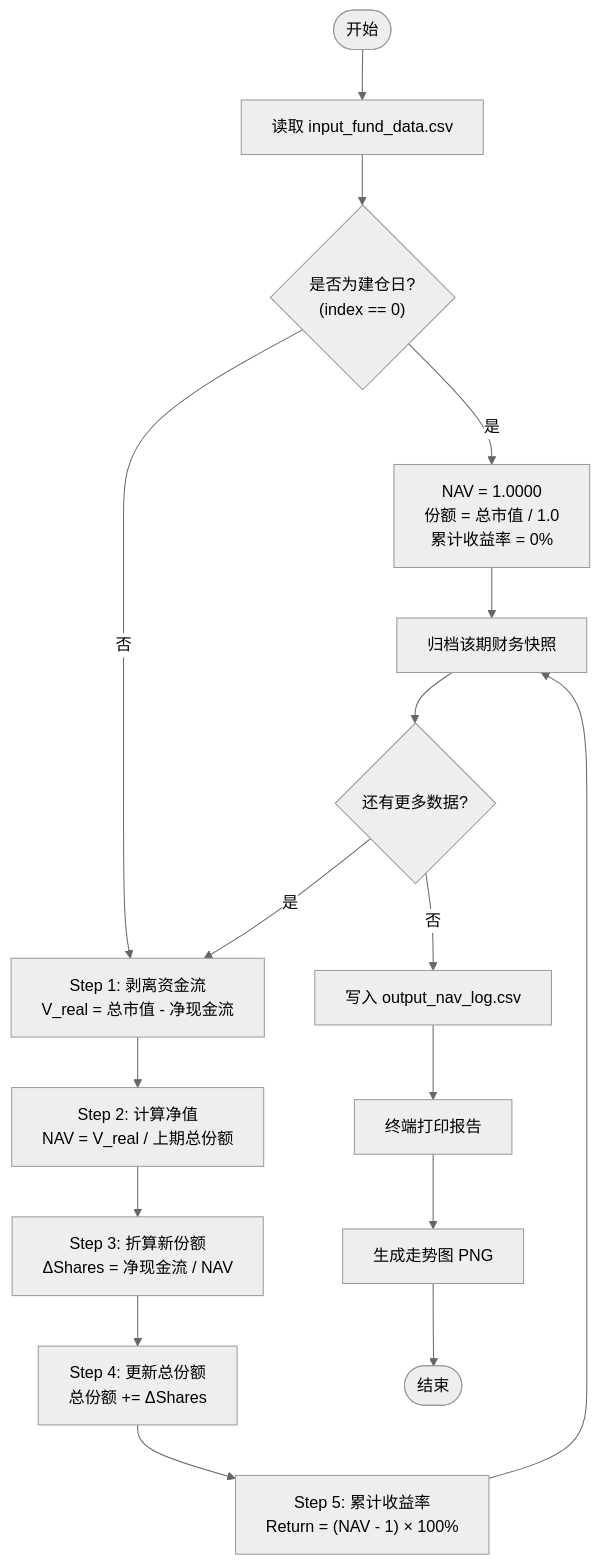
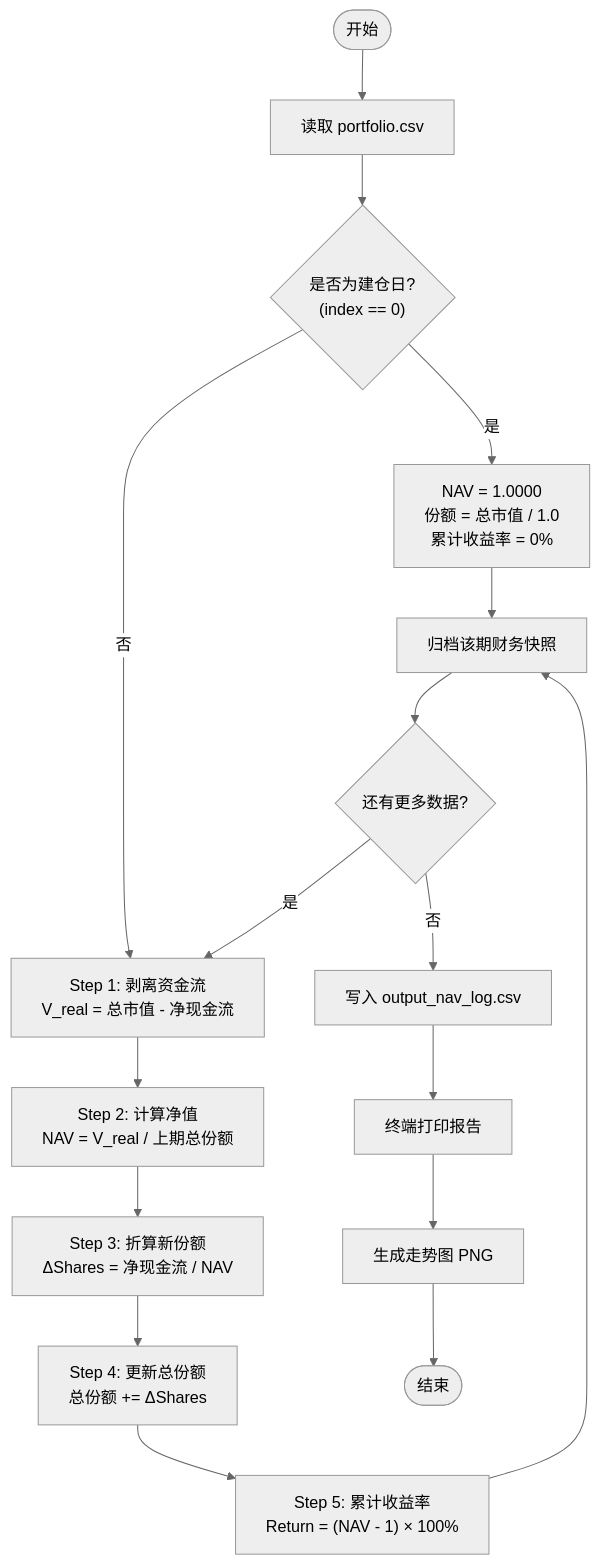
Before and after one commit to Haolun123/FamilyFund: the third of 10 diagrams in docs/ARCHITECTURE_shared.md, drawn with Mermaid (neutral theme). The commit also changed other lines of this file and 1 other file, not shown here.

First line of the commit message:
Refactor docs: split USER_MANUAL from ARCHITECTURE, remove bloat

````diff
--- a/docs/ARCHITECTURE_shared.md
+++ b/docs/ARCHITECTURE_shared.md
@@ -190,23 +186,23 @@
 ```mermaid
 flowchart TD
-    START(["开始"]) --> READ["读取 input_fund_data.csv"]
+    START(["开始"]) --> READ["读取 portfolio.csv"]
     READ --> INIT{"是否为建仓日?<br/>(index == 0)"}
     
     INIT -->|"是"| DAY0["NAV = 1.0000<br/>份额 = 总市值 / 1.0<br/>累计收益率 = 0%"]
     INIT -->|"否"| STEP1["Step 1: 剥离资金流<br/>V_real = 总市值 - 净现金流"]
     
     STEP1 --> STEP2["Step 2: 计算净值<br/>NAV = V_real / 上期总份额"]
     STEP2 --> STEP3["Step 3: 折算新份额<br/>ΔShares = 净现金流 / NAV"]
     STEP3 --> STEP4["Step 4: 更新总份额<br/>总份额 += ΔShares"]
     STEP4 --> STEP5["Step 5: 累计收益率<br/>Return = (NAV - 1) × 100%"]
     
     DAY0 --> RECORD["归档该期财务快照"]
     STEP5 --> RECORD
     
     RECORD --> MORE{"还有更多数据?"}
     MORE -->|"是"| STEP1
     MORE -->|"否"| OUTPUT["写入 output_nav_log.csv"]
     OUTPUT --> REPORT["终端打印报告"]
     REPORT --> CHART["生成走势图 PNG"]
     CHART --> END(["结束"])
 ```
````
